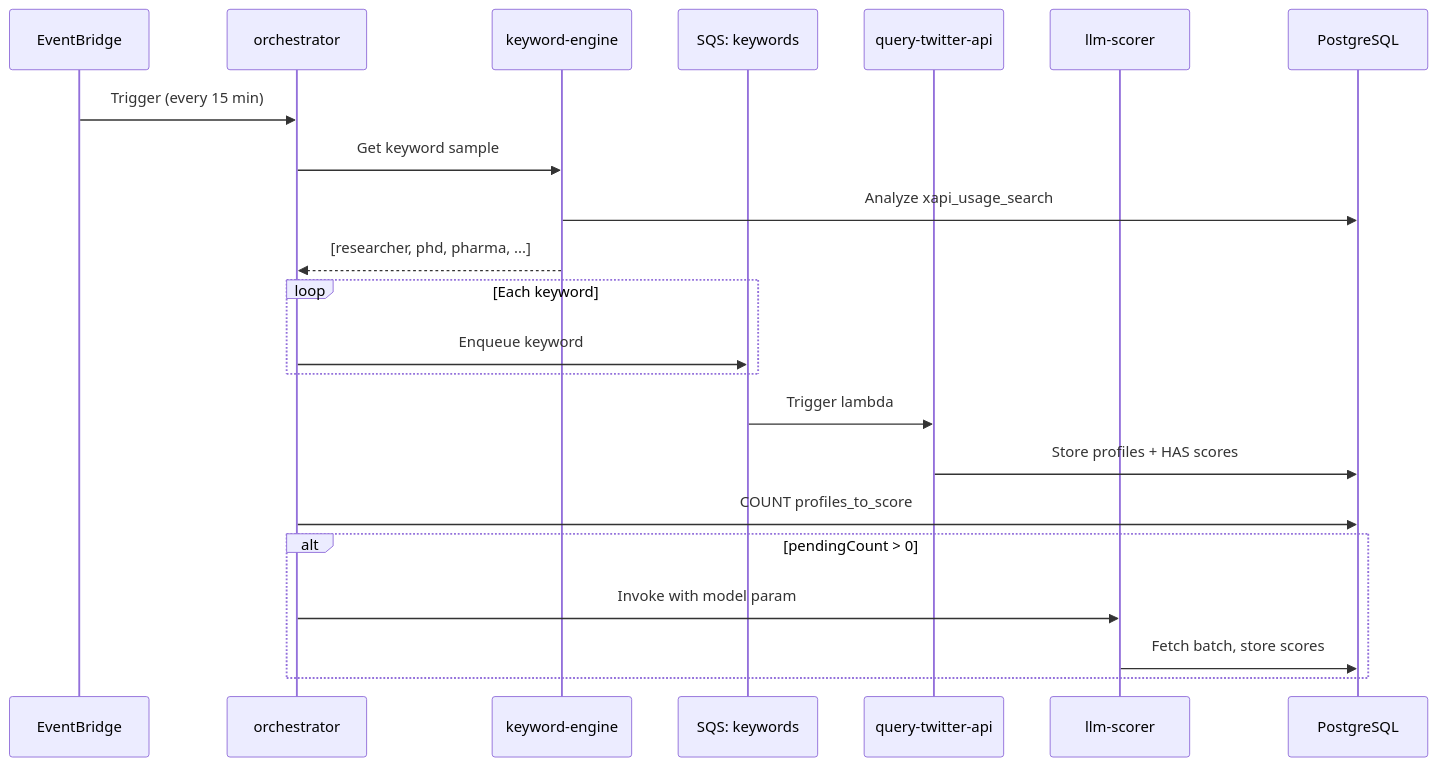
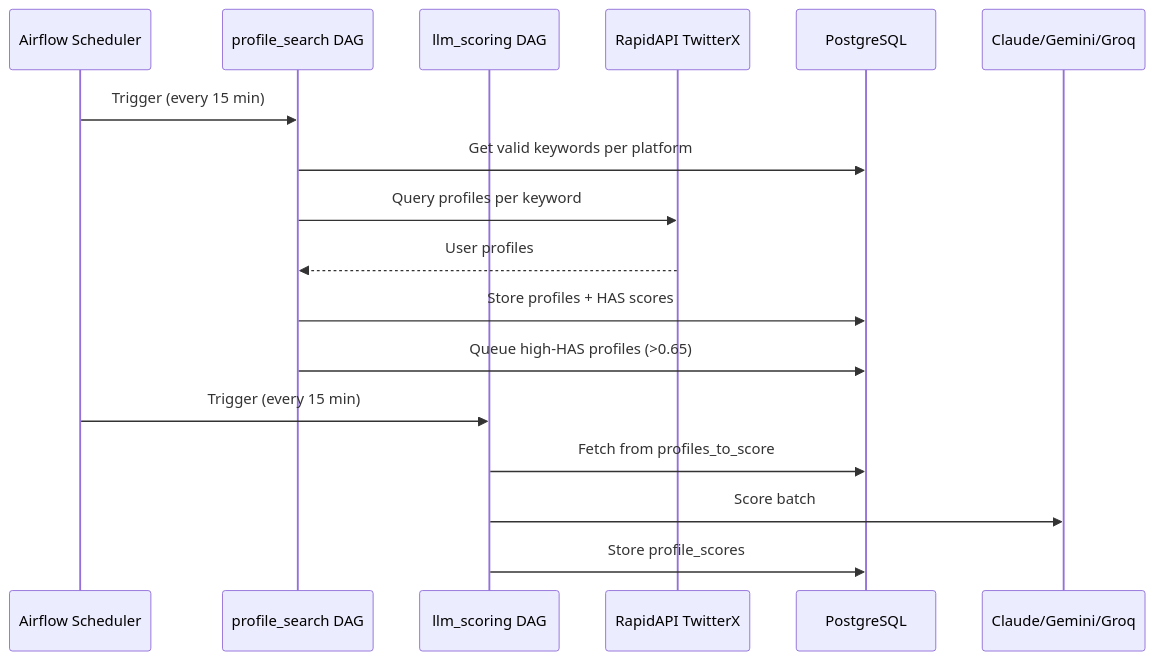
One commit to DanEscher98/twitter-profile-scorer changed the second of 3 diagrams in docs/architecture.md. Above: the diagram before and after it, drawn with Mermaid. The commit also changed other lines of this file and 8 other files, not shown here.

First line of the commit message:
Complete Lambda → Airflow migration

````diff
--- a/docs/architecture.md
+++ b/docs/architecture.md
@@ -96,28 +53,20 @@
 ```mermaid
 sequenceDiagram
-    participant EB as EventBridge
-    participant OR as orchestrator
-    participant KE as keyword-engine
-    participant SQS as SQS: keywords
-    participant QT as query-twitter-api
-    participant LS as llm-scorer
+    participant AF as Airflow Scheduler
+    participant PS as profile_search DAG
+    participant LLM as llm_scoring DAG
+    participant API as RapidAPI TwitterX
     participant DB as PostgreSQL
 
-    EB->>OR: Trigger (every 15 min)
-    OR->>KE: Get keyword sample
-    KE->>DB: Analyze xapi_usage_search
-    KE-->>OR: [researcher, phd, pharma, ...]
+    AF->>PS: Trigger (every 15 min)
+    PS->>DB: Get valid keywords per platform
+    PS->>API: Query profiles per keyword
+    API-->>PS: User profiles
+    PS->>DB: Store profiles + HAS scores
+    PS->>DB: Queue high-HAS profiles (>0.65)
 
-    loop Each keyword
-        OR->>SQS: Enqueue keyword
-    end
-
-    SQS->>QT: Trigger lambda
-    QT->>DB: Store profiles + HAS scores
-
-    OR->>DB: COUNT profiles_to_score
-    alt pendingCount > 0
-        OR->>LS: Invoke with model param
-        LS->>DB: Fetch batch, store scores
-    end
+    AF->>LLM: Trigger (every 15 min)
+    LLM->>DB: Fetch from profiles_to_score
+    LLM->>Claude/Gemini/Groq: Score batch
+    LLM->>DB: Store profile_scores
 ```
````
